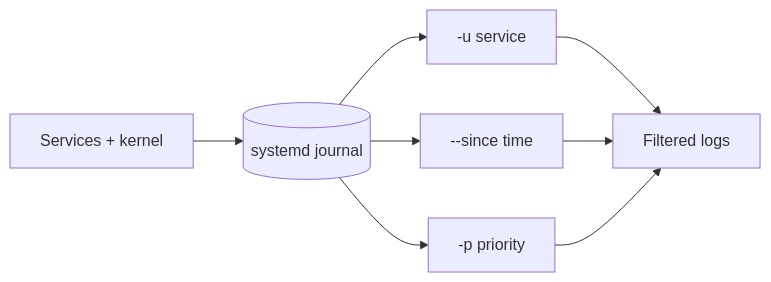
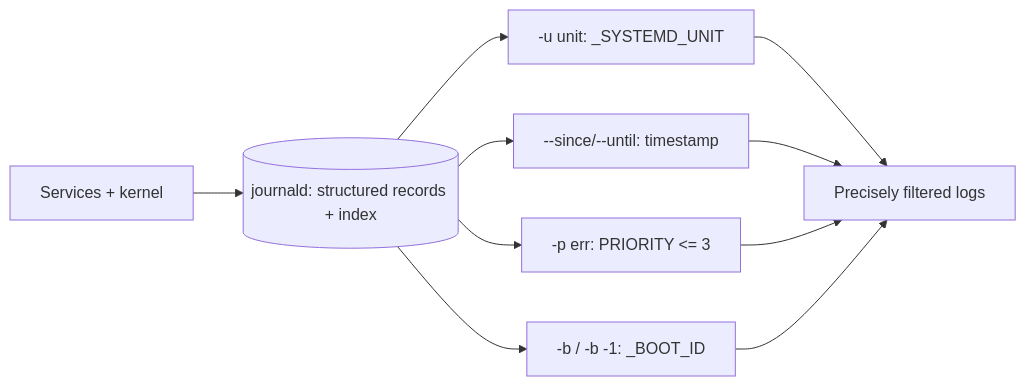
One commit to cloud-prakhar/learning-linux changed the diagram in 09-logs-monitoring-troubleshooting/journalctl-basics.md. Above: the diagram before and after it, drawn with Mermaid. The commit also changed other lines of this file and 69 other files, not shown here.

````diff
--- a/09-logs-monitoring-troubleshooting/journalctl-basics.md
+++ b/09-logs-monitoring-troubleshooting/journalctl-basics.md
@@ -27,8 +34,9 @@
 ```mermaid
 flowchart LR
-    Svc[Services + kernel] --> J[(systemd journal)]
-    J --> F1[-u service]
-    J --> F2[--since time]
-    J --> F3[-p priority]
-    F1 & F2 & F3 --> Out[Filtered logs]
+    Svc[Services + kernel] --> J[(journald: structured records + index)]
+    J --> F1[-u unit: _SYSTEMD_UNIT]
+    J --> F2[--since/--until: timestamp]
+    J --> F3[-p err: PRIORITY <= 3]
+    J --> F4[-b / -b -1: _BOOT_ID]
+    F1 & F2 & F3 & F4 --> Out[Precisely filtered logs]
 ```
````
